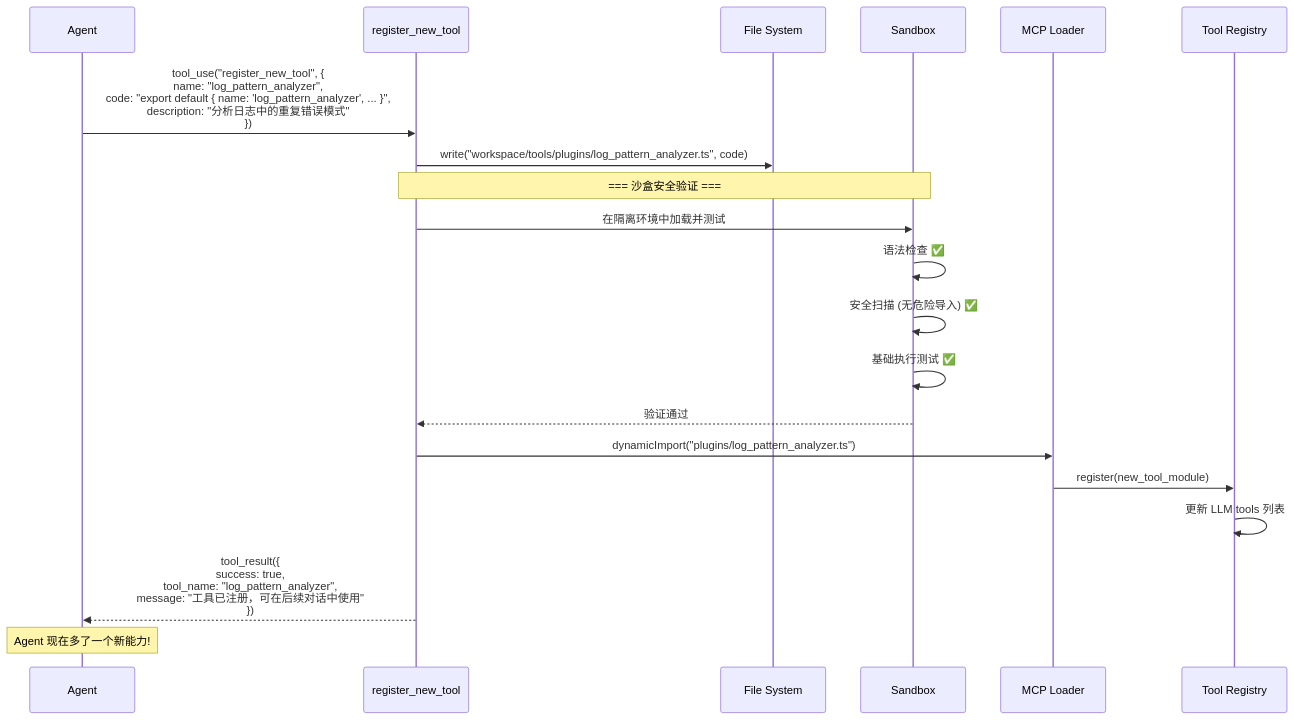
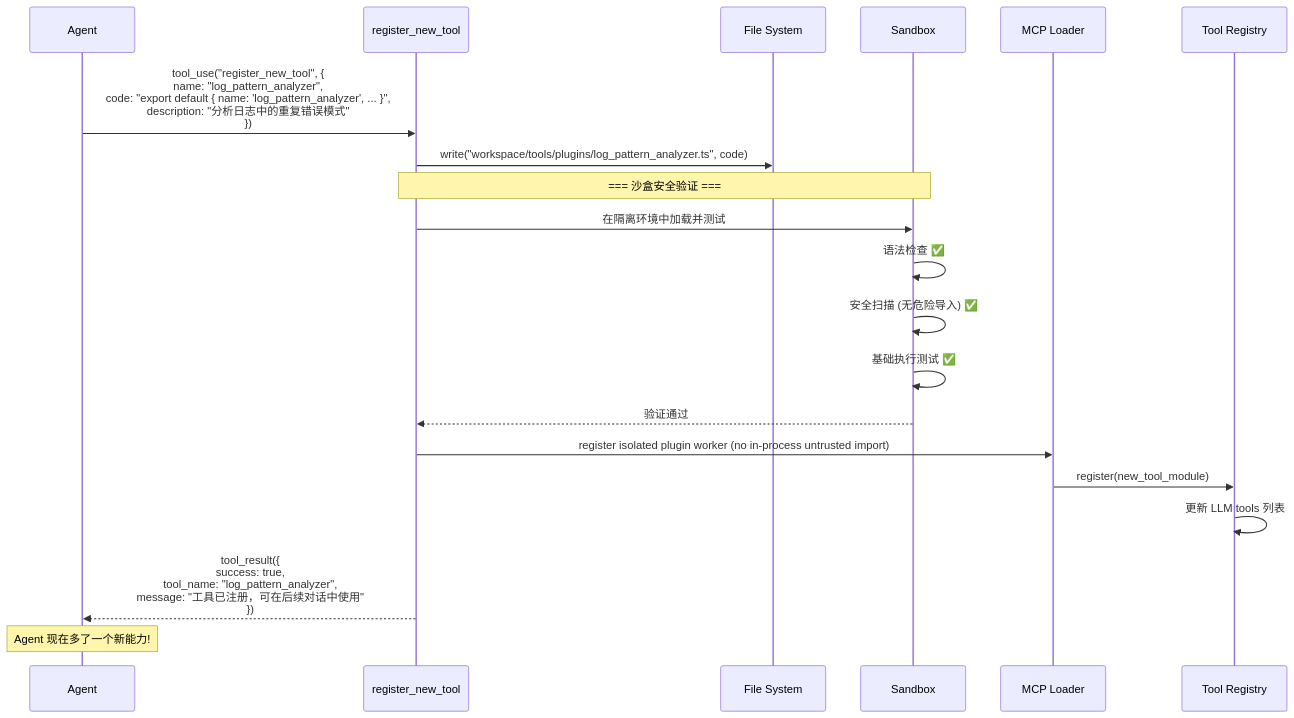
Diagram 13 of 17 in doc/12-limbs-layer-modules.md (Yidhar/Embla_System), drawn with Mermaid before and after one commit. The commit also changed other lines of this file and 13 other files, not shown here.

Commit message:
docs: refresh architecture specs and security blindspot baseline

````diff
--- a/doc/12-limbs-layer-modules.md
+++ b/doc/12-limbs-layer-modules.md
@@ -570,28 +703,28 @@
 ```mermaid
 sequenceDiagram
     participant AGENT as Agent
     participant REG as register_new_tool
     participant FS as File System
     participant SANDBOX as Sandbox
     participant LOADER as MCP Loader
     participant REGISTRY as Tool Registry
 
     AGENT->>REG: tool_use("register_new_tool", {<br/>  name: "log_pattern_analyzer",<br/>  code: "export default { name: 'log_pattern_analyzer', ... }",<br/>  description: "分析日志中的重复错误模式"<br/>})
 
     REG->>FS: write("workspace/tools/plugins/log_pattern_analyzer.ts", code)
 
     Note over REG,SANDBOX: === 沙盒安全验证 ===
     REG->>SANDBOX: 在隔离环境中加载并测试
     SANDBOX->>SANDBOX: 语法检查 ✅
     SANDBOX->>SANDBOX: 安全扫描 (无危险导入) ✅
     SANDBOX->>SANDBOX: 基础执行测试 ✅
     SANDBOX-->>REG: 验证通过
 
-    REG->>LOADER: dynamicImport("plugins/log_pattern_analyzer.ts")
+    REG->>LOADER: register isolated plugin worker (no in-process untrusted import)
     LOADER->>REGISTRY: register(new_tool_module)
     REGISTRY->>REGISTRY: 更新 LLM tools 列表
 
     REG-->>AGENT: tool_result({<br/>  success: true,<br/>  tool_name: "log_pattern_analyzer",<br/>  message: "工具已注册，可在后续对话中使用"<br/>})
 
     Note over AGENT: Agent 现在多了一个新能力!
 ```
````
